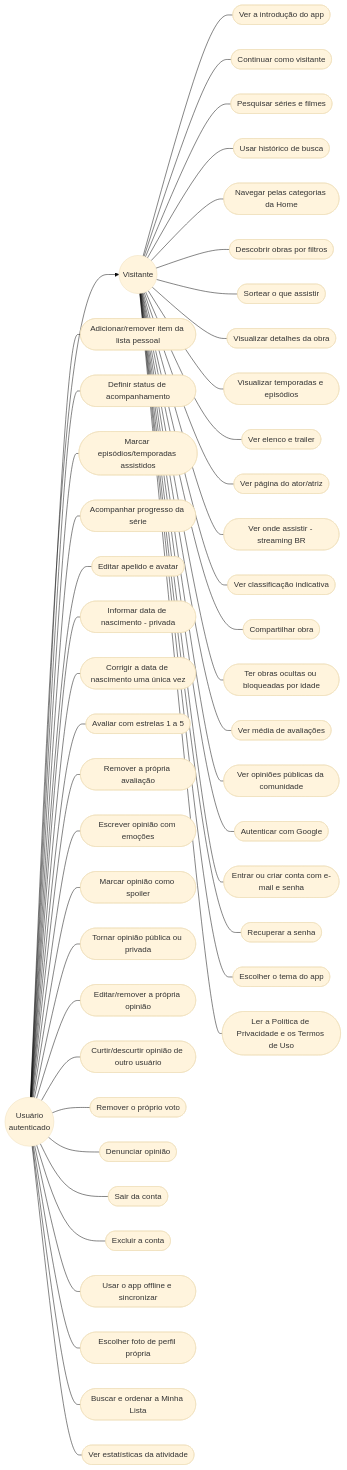
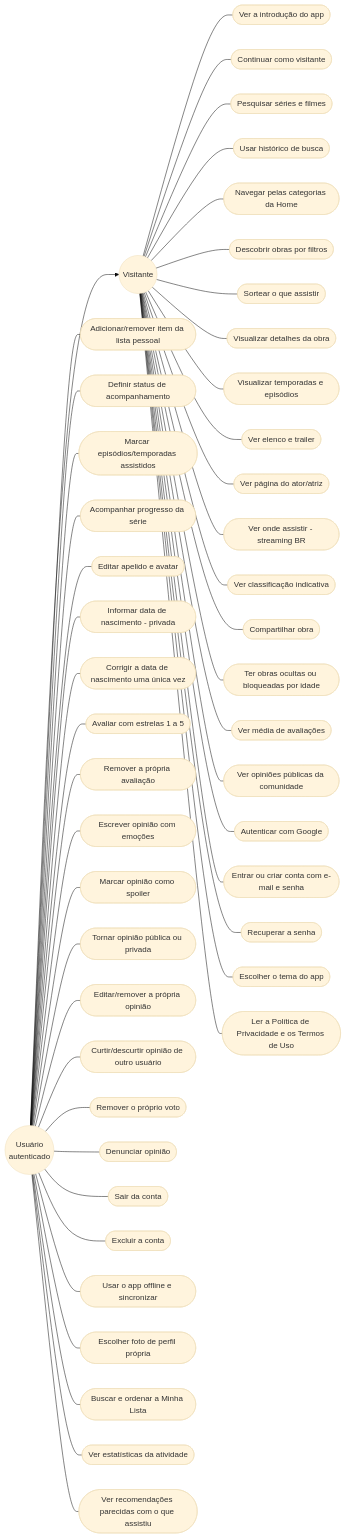
Before and after one commit to Lucksander/Seriando: the diagram in docs/casos-de-uso.md, drawn with Mermaid (base theme). The commit also changed other lines of this file and 8 other files, not shown here.

````diff
--- a/docs/casos-de-uso.md
+++ b/docs/casos-de-uso.md
@@ -10,53 +10,54 @@
 ```mermaid
 graph LR
   Visitante((Visitante))
   Usuario((Usuário
   autenticado))
   Usuario --> Visitante
 
   Visitante --- UC25([Ver a introdução do app])
   Visitante --- UC26([Continuar como visitante])
   Visitante --- UC01([Pesquisar séries e filmes])
   Visitante --- UC30([Usar histórico de busca])
   Visitante --- UC27([Navegar pelas categorias da Home])
   Visitante --- UC28([Descobrir obras por filtros])
   Visitante --- UC29([Sortear o que assistir])
   Visitante --- UC02([Visualizar detalhes da obra])
   Visitante --- UC03([Visualizar temporadas e episódios])
   Visitante --- UC04([Ver elenco e trailer])
   Visitante --- UC31([Ver página do ator/atriz])
   Visitante --- UC05([Ver onde assistir - streaming BR])
   Visitante --- UC32([Ver classificação indicativa])
   Visitante --- UC33([Compartilhar obra])
   Visitante --- UC34([Ter obras ocultas ou bloqueadas por idade])
   Visitante --- UC06([Ver média de avaliações])
   Visitante --- UC07([Ver opiniões públicas da comunidade])
   Visitante --- UC08([Autenticar com Google])
   Visitante --- UC39([Entrar ou criar conta com e-mail e senha])
   Visitante --- UC40([Recuperar a senha])
   Visitante --- UC44([Escolher o tema do app])
   Visitante --- UC38([Ler a Política de Privacidade e os Termos de Uso])
 
   Usuario --- UC09([Adicionar/remover item da lista pessoal])
   Usuario --- UC10([Definir status de acompanhamento])
   Usuario --- UC11([Marcar episódios/temporadas assistidos])
   Usuario --- UC12([Acompanhar progresso da série])
   Usuario --- UC13([Editar apelido e avatar])
   Usuario --- UC14([Informar data de nascimento - privada])
   Usuario --- UC35([Corrigir a data de nascimento uma única vez])
   Usuario --- UC15([Avaliar com estrelas 1 a 5])
   Usuario --- UC16([Remover a própria avaliação])
   Usuario --- UC17([Escrever opinião com emoções])
   Usuario --- UC18([Marcar opinião como spoiler])
   Usuario --- UC19([Tornar opinião pública ou privada])
   Usuario --- UC20([Editar/remover a própria opinião])
   Usuario --- UC21([Curtir/descurtir opinião de outro usuário])
   Usuario --- UC22([Remover o próprio voto])
   Usuario --- UC23([Denunciar opinião])
   Usuario --- UC24([Sair da conta])
   Usuario --- UC36([Excluir a conta])
   Usuario --- UC37([Usar o app offline e sincronizar])
   Usuario --- UC41([Escolher foto de perfil própria])
   Usuario --- UC42([Buscar e ordenar a Minha Lista])
   Usuario --- UC43([Ver estatísticas da atividade])
+  Usuario --- UC45([Ver recomendações parecidas com o que assistiu])
 ```
````
